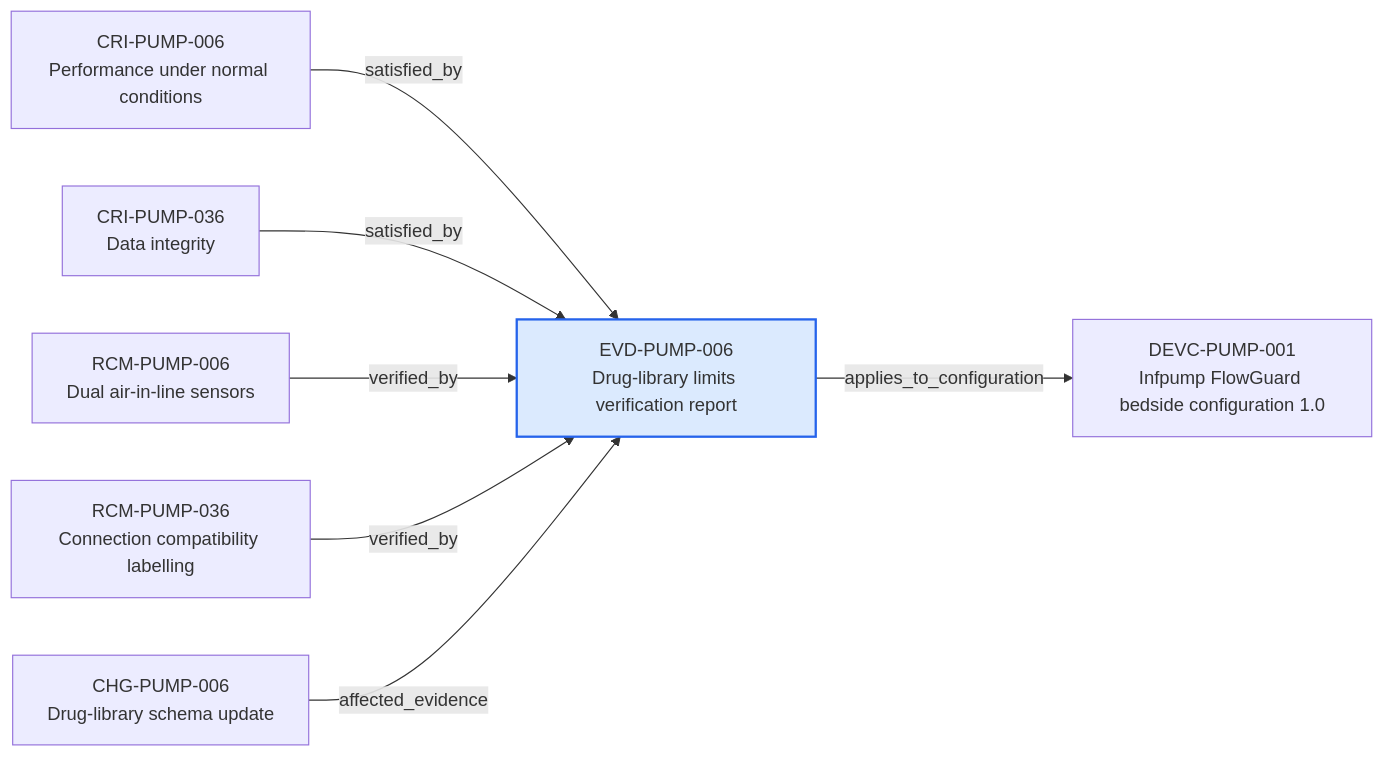
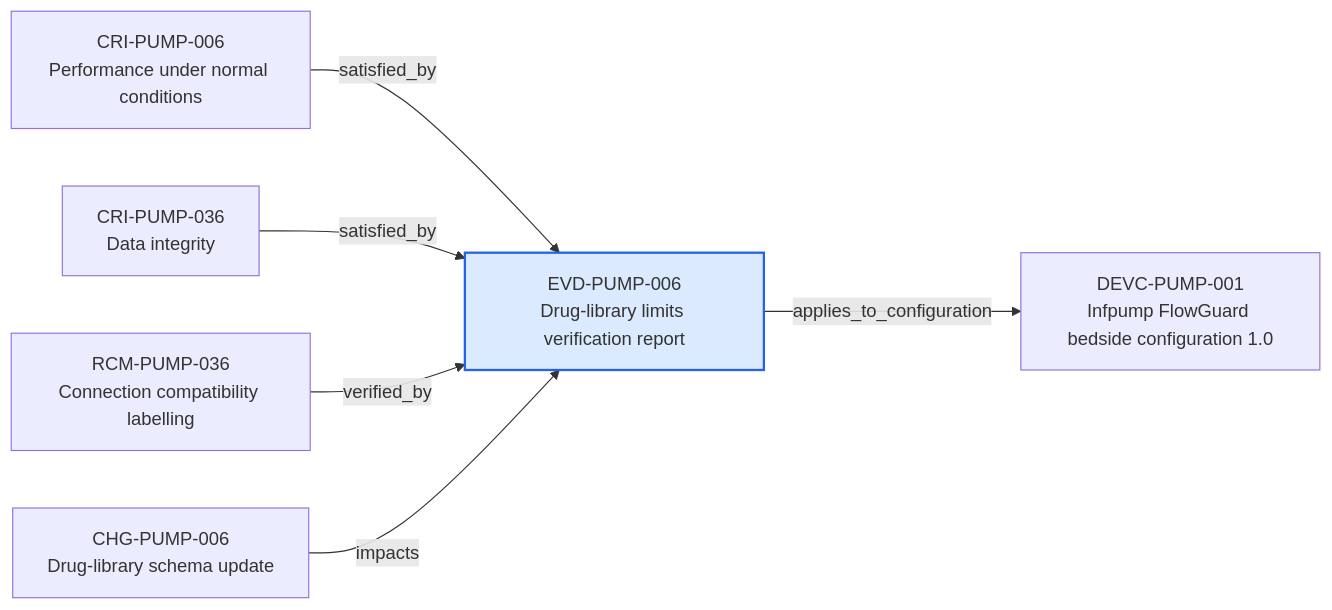
One commit to mvattulainen/mdrontology changed the diagram in content/06-Infpump FlowGuard ontology notes/verification-evidence/EVD-PUMP-006-drug-library-limits-verification-report.md. Above: the diagram before and after it, drawn with Mermaid. The commit also changed other lines of this file and 321 other files, not shown here.

Commit message:
Implement Mermaid ontology audit findings

````diff
--- a/content/06-Infpump FlowGuard ontology notes/verification-evidence/EVD-PUMP-006-drug-library-limits-verification-report.md
+++ b/content/06-Infpump FlowGuard ontology notes/verification-evidence/EVD-PUMP-006-drug-library-limits-verification-report.md
@@ -73,18 +73,16 @@
 ```mermaid
 flowchart LR
   CURRENT["EVD-PUMP-006<br/>Drug-library limits verification report"]
   PREV0["CRI-PUMP-006<br/>Performance under normal conditions"]
   PREV0 -->|"satisfied_by"| CURRENT
   PREV1["CRI-PUMP-036<br/>Data integrity"]
   PREV1 -->|"satisfied_by"| CURRENT
-  PREV2["RCM-PUMP-006<br/>Dual air-in-line sensors"]
+  PREV2["RCM-PUMP-036<br/>Connection compatibility labelling"]
   PREV2 -->|"verified_by"| CURRENT
-  PREV3["RCM-PUMP-036<br/>Connection compatibility labelling"]
-  PREV3 -->|"verified_by"| CURRENT
-  PREV4["CHG-PUMP-006<br/>Drug-library schema update"]
-  PREV4 -->|"affected_evidence"| CURRENT
+  PREV3["CHG-PUMP-006<br/>Drug-library schema update"]
+  PREV3 -->|"impacts"| CURRENT
   NEXT0["DEVC-PUMP-001<br/>Infpump FlowGuard bedside configuration 1.0"]
   CURRENT -->|"applies_to_configuration"| NEXT0
   classDef current fill:#dbeafe,stroke:#2563eb,stroke-width:2px
   class CURRENT current
 ```
````
